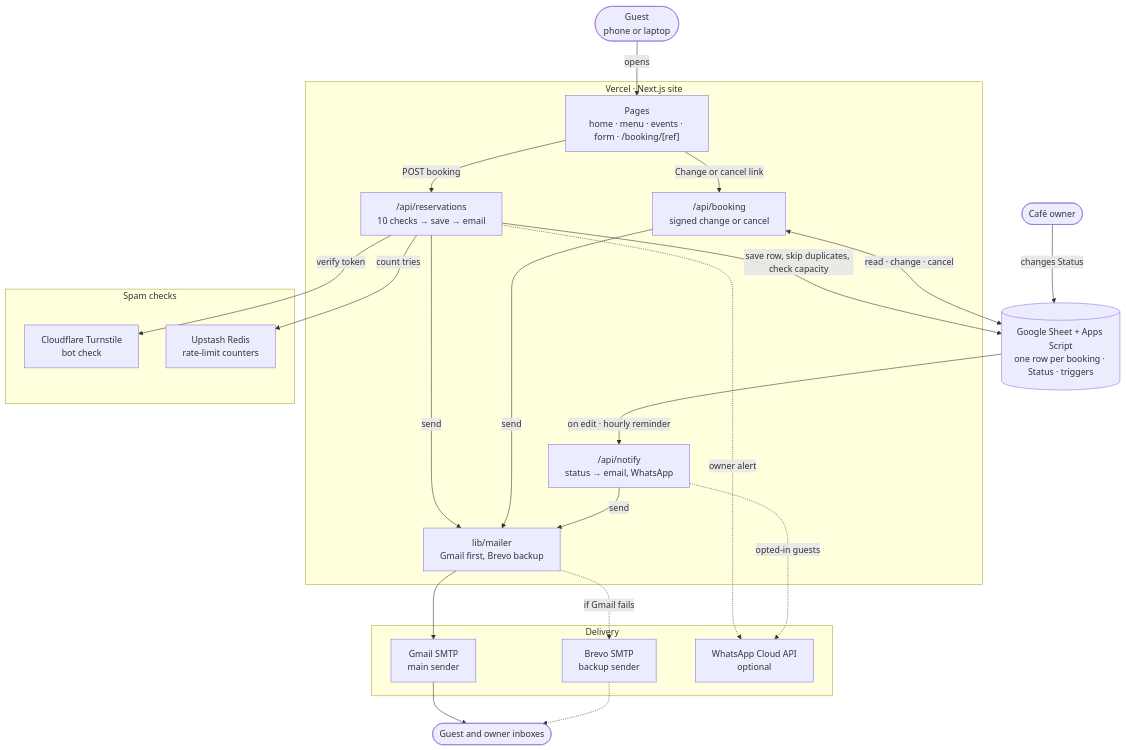
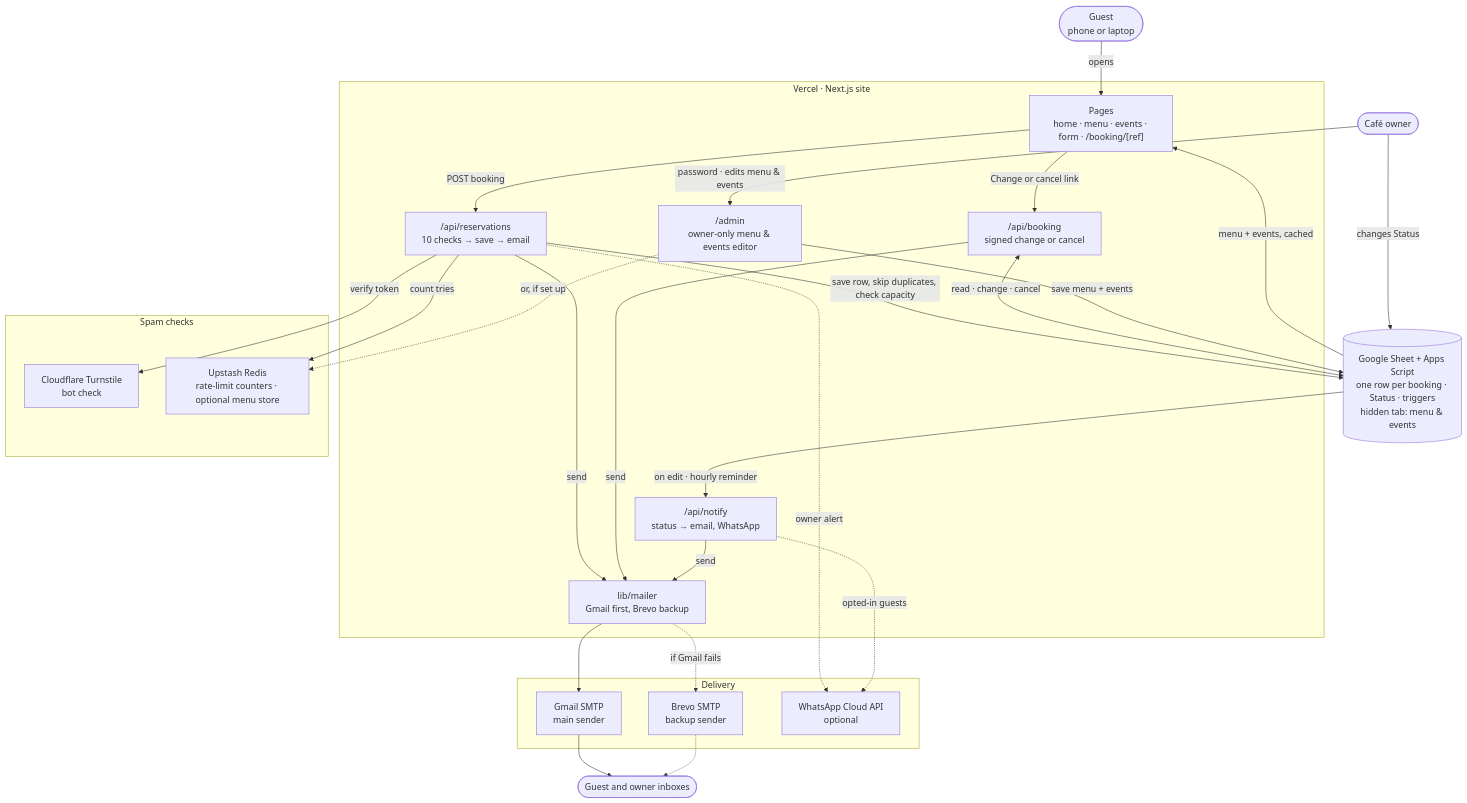
Before and after one commit to rudra1358/aurelia-cafe: the first of 4 diagrams in README.md, drawn with Mermaid. The commit also changed other lines of this file and 2 other files, not shown here.

First line of the commit message:
Docs: add the owner admin to the README, diagrams and master prompts

````diff
--- a/README.md
+++ b/README.md
@@ -184,47 +184,52 @@
 ```mermaid
 flowchart TB
     Guest(["Guest<br/>phone or laptop"])
     Owner(["Café owner"])
 
     subgraph Vercel["Vercel · Next.js site"]
         Pages["Pages<br/>home · menu · events · form · /booking/[ref]"]
+        Admin["/admin<br/>owner-only menu & events editor"]
         Res["/api/reservations<br/>10 checks → save → email"]
         Book["/api/booking<br/>signed change or cancel"]
         Notify["/api/notify<br/>status → email, WhatsApp"]
         Mailer["lib/mailer<br/>Gmail first, Brevo backup"]
     end
 
     subgraph Checks["Spam checks"]
         Turnstile["Cloudflare Turnstile<br/>bot check"]
-        Redis["Upstash Redis<br/>rate-limit counters"]
+        Redis["Upstash Redis<br/>rate-limit counters · optional menu store"]
     end
 
-    Sheet[("Google Sheet + Apps Script<br/>one row per booking · Status · triggers")]
+    Sheet[("Google Sheet + Apps Script<br/>one row per booking · Status · triggers<br/>hidden tab: menu & events")]
 
     subgraph Delivery["Delivery"]
         Gmail["Gmail SMTP<br/>main sender"]
         Brevo["Brevo SMTP<br/>backup sender"]
         WA["WhatsApp Cloud API<br/>optional"]
     end
 
     Inbox(["Guest and owner inboxes"])
 
     Guest -->|opens| Pages
     Pages -->|POST booking| Res
     Pages -->|Change or cancel link| Book
     Res -->|verify token| Turnstile
     Res -->|count tries| Redis
     Res -->|save row, skip duplicates, check capacity| Sheet
     Book <-->|read · change · cancel| Sheet
     Owner -->|changes Status| Sheet
+    Owner -->|password · edits menu & events| Admin
+    Admin -->|save menu + events| Sheet
+    Admin -.->|or, if set up| Redis
+    Sheet -->|menu + events, cached| Pages
     Sheet -->|on edit · hourly reminder| Notify
     Res -->|send| Mailer
     Book -->|send| Mailer
     Notify -->|send| Mailer
     Mailer --> Gmail
     Mailer -.->|if Gmail fails| Brevo
     Gmail --> Inbox
     Brevo -.-> Inbox
     Res -.->|owner alert| WA
     Notify -.->|opted-in guests| WA
 ```
````
